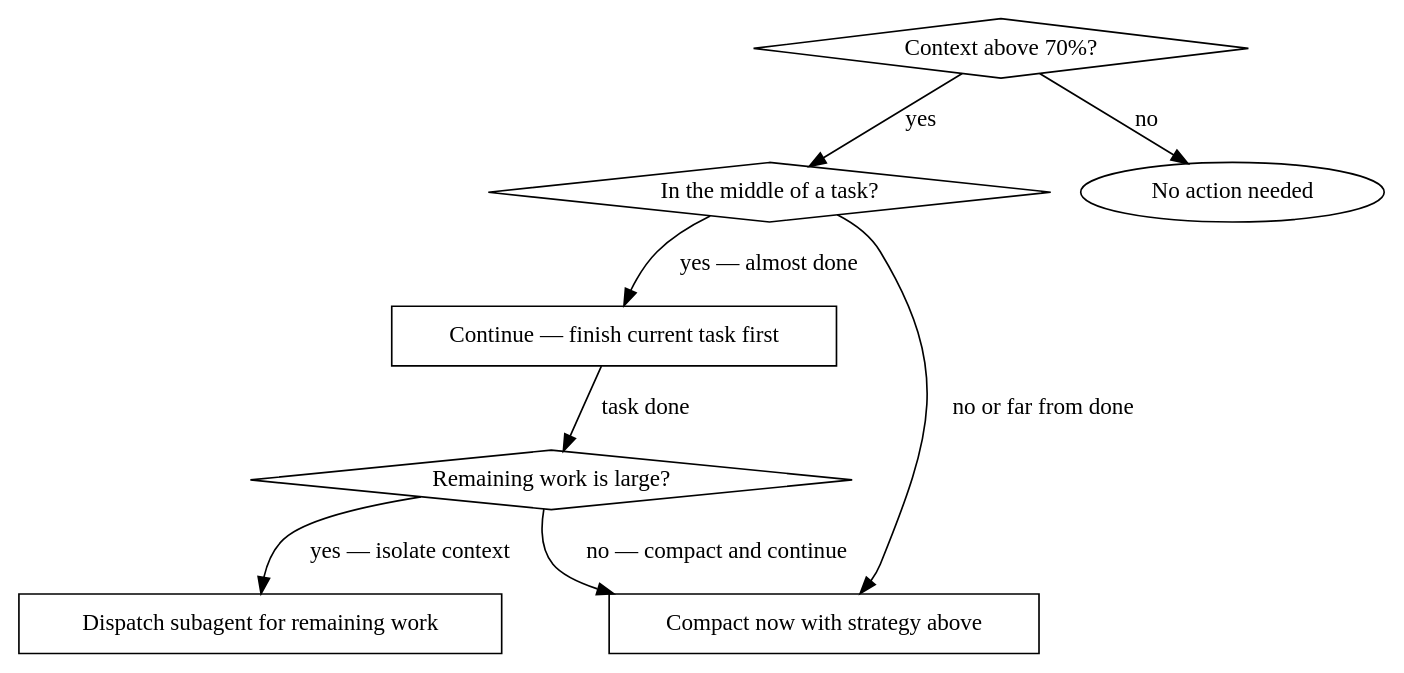
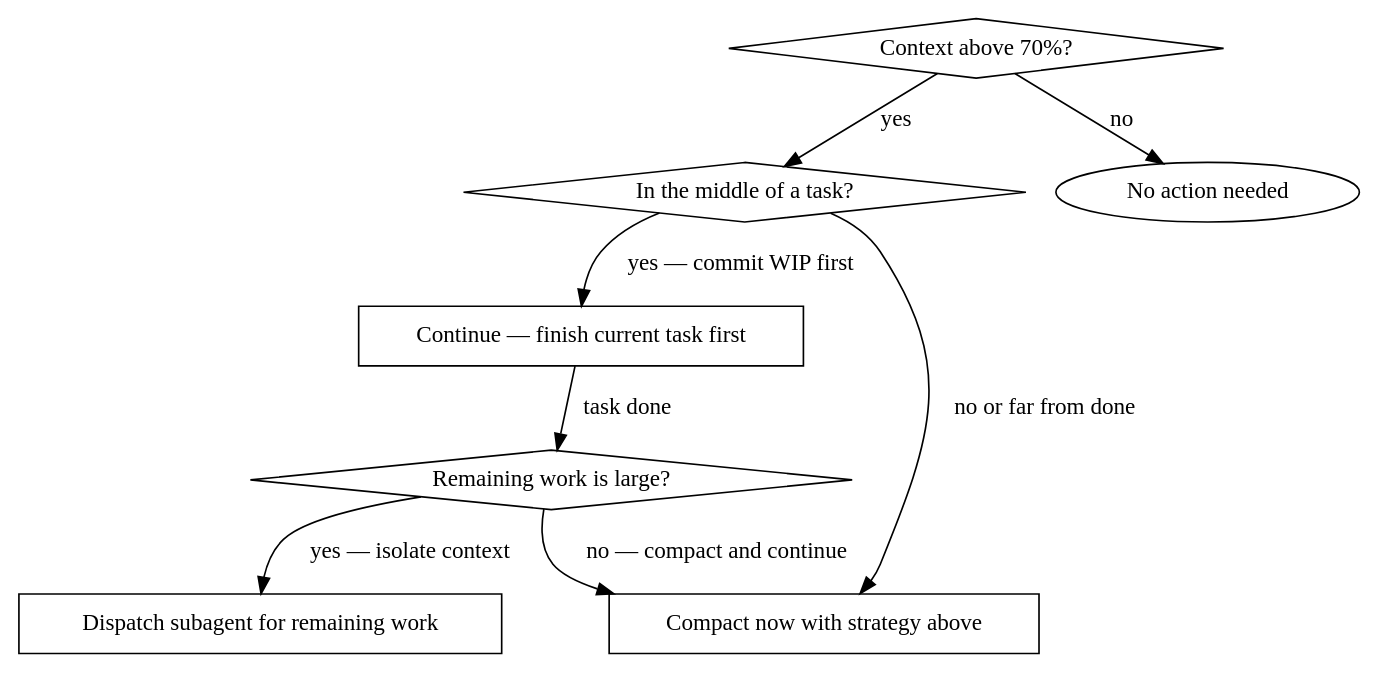
The diagram in skills/context-management/SKILL.md (anhdt19942020/craftpowers), drawn with Graphviz before and after one commit. The commit also changed other lines of this file and 2 other files, not shown here.

First line of the commit message:
fix(skills): improve context-management with inline template, WIP guidance, opus-4-7 note, /btw usage

````diff
--- a/skills/context-management/SKILL.md
+++ b/skills/context-management/SKILL.md
@@ -70,18 +93,18 @@
 ```dot
 digraph decision {
     "Context above 70%?" [shape=diamond];
     "In the middle of a task?" [shape=diamond];
     "Remaining work is large?" [shape=diamond];
     "Continue — finish current task first" [shape=box];
     "Compact now with strategy above" [shape=box];
     "Dispatch subagent for remaining work" [shape=box];
 
     "Context above 70%?" -> "In the middle of a task?" [label="yes"];
     "Context above 70%?" -> "No action needed" [label="no"];
-    "In the middle of a task?" -> "Continue — finish current task first" [label="yes — almost done"];
+    "In the middle of a task?" -> "Continue — finish current task first" [label="yes — commit WIP first"];
     "In the middle of a task?" -> "Compact now with strategy above" [label="no or far from done"];
     "Continue — finish current task first" -> "Remaining work is large?" [label="task done"];
     "Remaining work is large?" -> "Dispatch subagent for remaining work" [label="yes — isolate context"];
     "Remaining work is large?" -> "Compact now with strategy above" [label="no — compact and continue"];
 }
 ```
````
